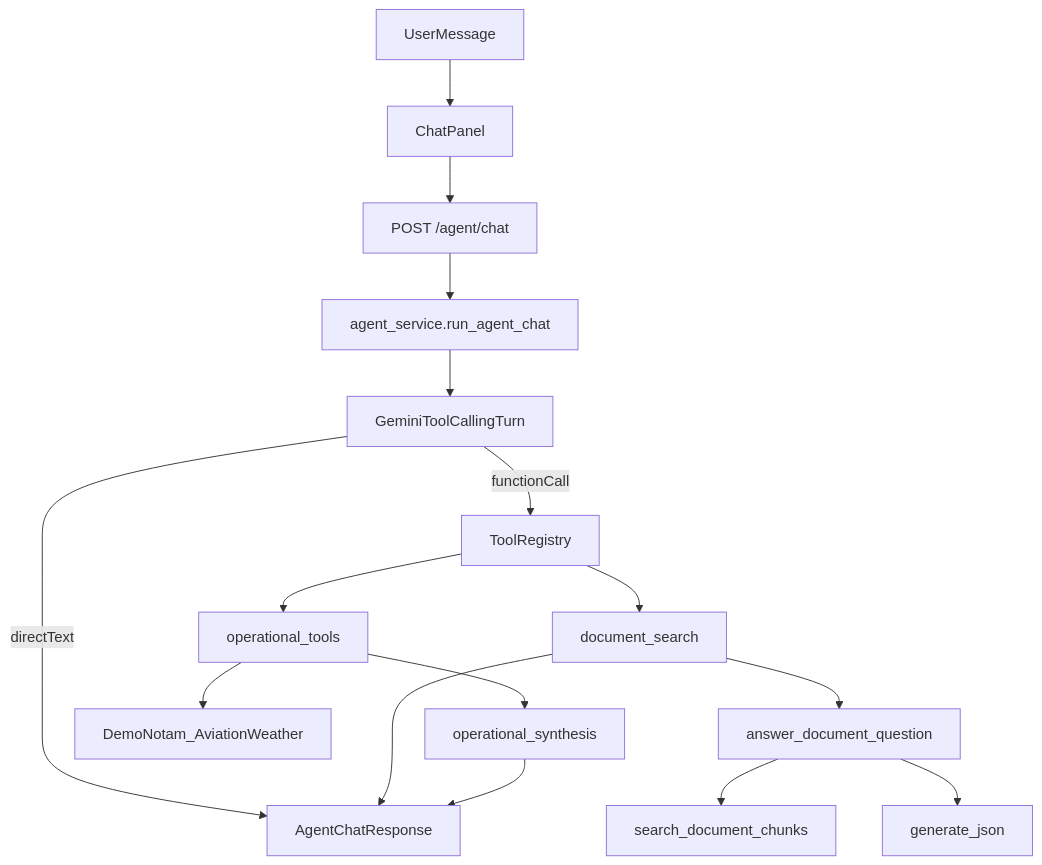
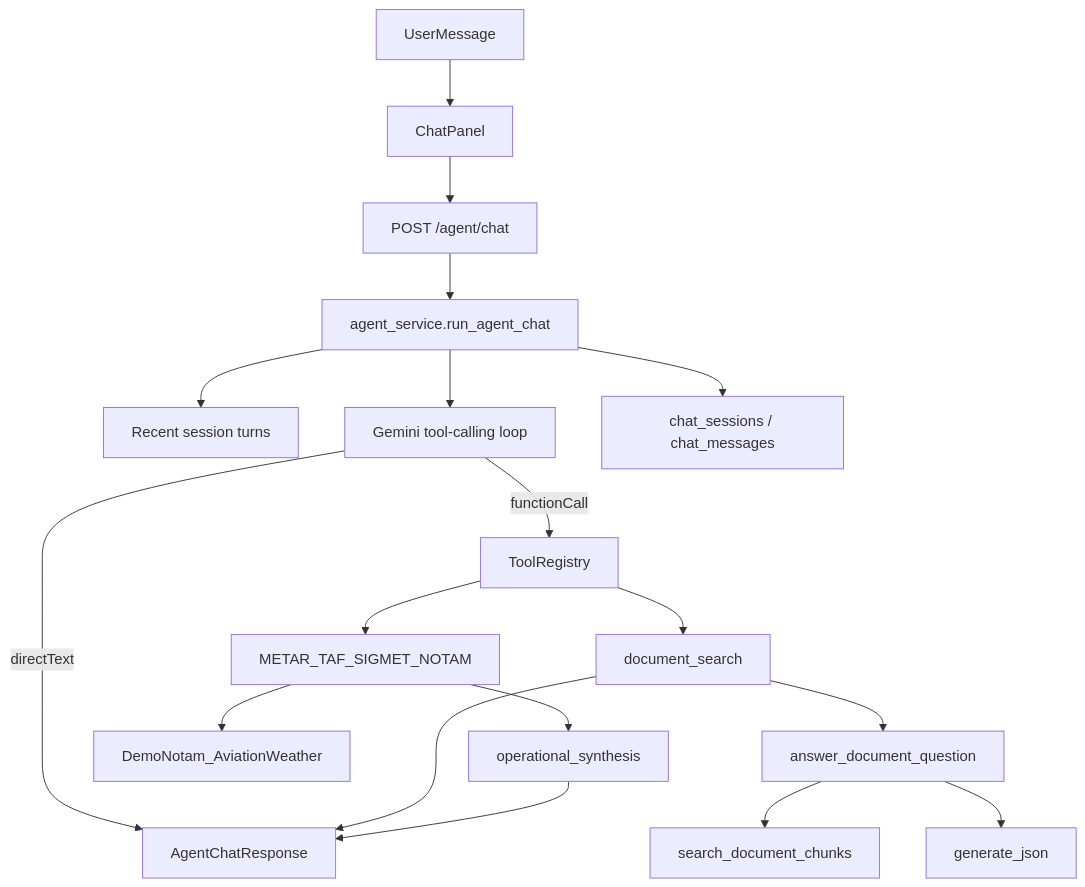
One commit to HUANGV1/Aviation-Intelligence-Platform changed the diagram in docs/AGENT_ARCHITECTURE.md. Above: the diagram before and after it, drawn with Mermaid. The commit also changed other lines of this file and 3 other files, not shown here.

````diff
--- a/docs/AGENT_ARCHITECTURE.md
+++ b/docs/AGENT_ARCHITECTURE.md
@@ -11,18 +11,20 @@
 ```mermaid
 flowchart TD
   user[UserMessage] --> chatUI[ChatPanel]
   chatUI --> agentAPI[POST /agent/chat]
   agentAPI --> agentSvc[agent_service.run_agent_chat]
-  agentSvc --> gemini[GeminiToolCallingTurn]
+  agentSvc --> memory[Recent session turns]
+  agentSvc --> gemini[Gemini tool-calling loop]
   gemini -->|directText| response[AgentChatResponse]
   gemini -->|functionCall| registry[ToolRegistry]
   registry --> docTool[document_search]
-  registry --> opsTools[operational_tools]
+  registry --> opsTools[METAR_TAF_SIGMET_NOTAM]
   docTool --> rag[answer_document_question]
   opsTools --> providers[DemoNotam_AviationWeather]
   rag --> search[search_document_chunks]
   rag --> llmJson[generate_json]
-  docTool --> response[AgentChatResponse]
+  docTool --> response
   opsTools --> synth[operational_synthesis]
   synth --> response
+  agentSvc --> persist[chat_sessions / chat_messages]
 ```
````
